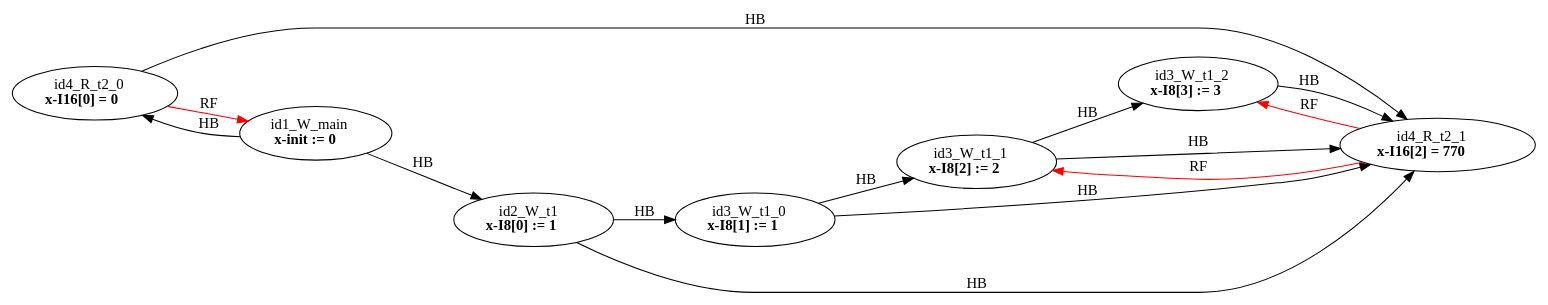
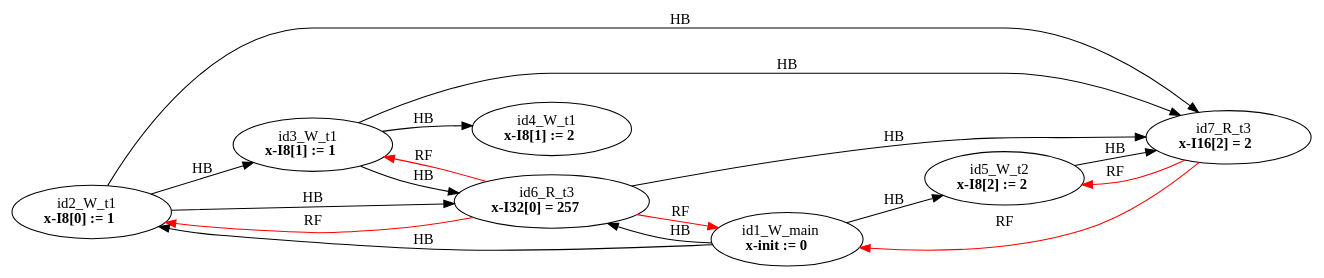
One commit to FMJS/EMME changed the diagram in examples/single_var/sv_simple17/mm7.dot. Above: the diagram before and after it, drawn with Graphviz. The commit also changed 115 other files, not shown here.

```diff
--- a/examples/single_var/sv_simple17/mm7.dot
+++ b/examples/single_var/sv_simple17/mm7.dot
@@ -1,24 +1,27 @@
 digraph memory_model {
 rankdir=LR;
 splines=true; esep=0.5;
-id2_W_t1 -> id3_W_t1_0 [label = "HB", color="black"];
-id3_W_t1_0 -> id3_W_t1_1 [label = "HB", color="black"];
-id3_W_t1_1 -> id3_W_t1_2 [label = "HB", color="black"];
-id4_R_t2_0 -> id4_R_t2_1 [label = "HB", color="black"];
+id2_W_t1 -> id3_W_t1 [label = "HB", color="black"];
+id3_W_t1 -> id4_W_t1 [label = "HB", color="black"];
+id6_R_t3 -> id7_R_t3 [label = "HB", color="black"];
 id1_W_main -> id2_W_t1 [label = "HB", color="black"];
-id1_W_main -> id4_R_t2_0 [label = "HB", color="black"];
-id2_W_t1 -> id4_R_t2_1 [label = "HB", color="black"];
-id3_W_t1_0 -> id4_R_t2_1 [label = "HB", color="black"];
-id3_W_t1_1 -> id4_R_t2_1 [label = "HB", color="black"];
-id3_W_t1_2 -> id4_R_t2_1 [label = "HB", color="black"];
-id4_R_t2_0 -> id1_W_main [label = "RF", color="red"];
-id4_R_t2_1 -> id3_W_t1_1 [label = "RF", color="red"];
-id4_R_t2_1 -> id3_W_t1_2 [label = "RF", color="red"];
-id1_W_main [label=<id1_W_main<br/><B>x-init := 0</B>>, pos="2.5,8!"]
-id2_W_t1 [label=<id2_W_t1<br/><B>x-I8[0] := 1</B>>, pos="0,6!"]
-id3_W_t1_0 [label=<id3_W_t1_0<br/><B>x-I8[1] := 1</B>>, pos="0,4!"]
-id3_W_t1_1 [label=<id3_W_t1_1<br/><B>x-I8[2] := 2</B>>, pos="0,2!"]
-id3_W_t1_2 [label=<id3_W_t1_2<br/><B>x-I8[3] := 3</B>>, pos="0,0!"]
-id4_R_t2_0 [label=<id4_R_t2_0<br/><B>x-I16[0] = 0</B>>, pos="5,6!"]
-id4_R_t2_1 [label=<id4_R_t2_1<br/><B>x-I16[2] = 770</B>>, pos="5,4!"]
+id1_W_main -> id5_W_t2 [label = "HB", color="black"];
+id1_W_main -> id6_R_t3 [label = "HB", color="black"];
+id2_W_t1 -> id6_R_t3 [label = "HB", color="black"];
+id2_W_t1 -> id7_R_t3 [label = "HB", color="black"];
+id3_W_t1 -> id6_R_t3 [label = "HB", color="black"];
+id3_W_t1 -> id7_R_t3 [label = "HB", color="black"];
+id5_W_t2 -> id7_R_t3 [label = "HB", color="black"];
+id6_R_t3 -> id1_W_main [label = "RF", color="red"];
+id6_R_t3 -> id2_W_t1 [label = "RF", color="red"];
+id6_R_t3 -> id3_W_t1 [label = "RF", color="red"];
+id7_R_t3 -> id1_W_main [label = "RF", color="red"];
+id7_R_t3 -> id5_W_t2 [label = "RF", color="red"];
+id1_W_main [label=<id1_W_main<br/><B>x-init := 0</B>>, pos="5.0,6!"]
+id2_W_t1 [label=<id2_W_t1<br/><B>x-I8[0] := 1</B>>, pos="0,4!"]
+id3_W_t1 [label=<id3_W_t1<br/><B>x-I8[1] := 1</B>>, pos="0,2!"]
+id4_W_t1 [label=<id4_W_t1<br/><B>x-I8[1] := 2</B>>, pos="0,0!"]
+id5_W_t2 [label=<id5_W_t2<br/><B>x-I8[2] := 2</B>>, pos="5,4!"]
+id6_R_t3 [label=<id6_R_t3<br/><B>x-I32[0] = 257</B>>, pos="10,4!"]
+id7_R_t3 [label=<id7_R_t3<br/><B>x-I16[2] = 2</B>>, pos="10,2!"]
 }
```
